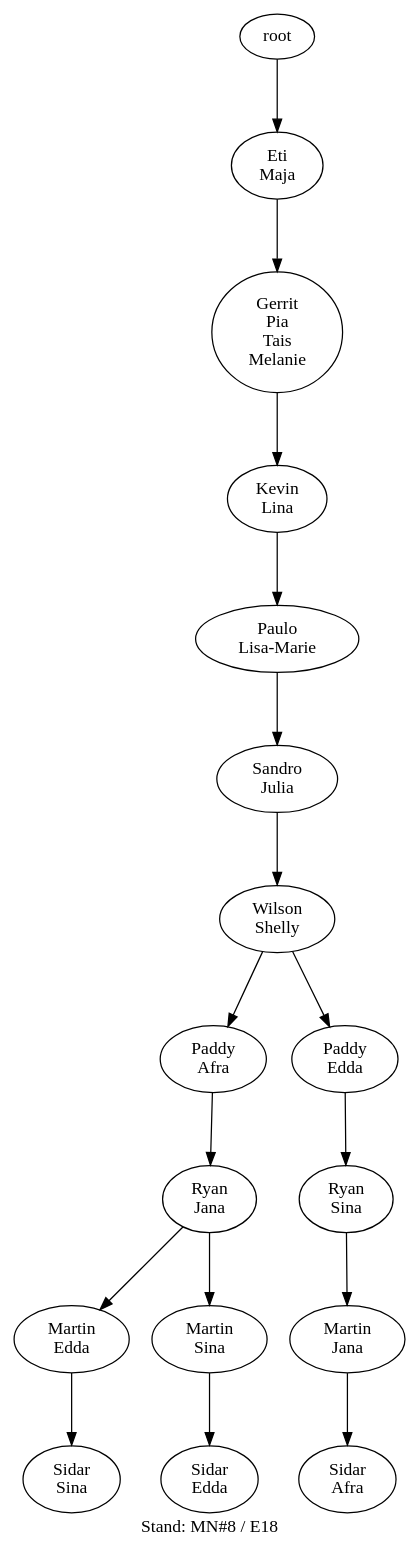
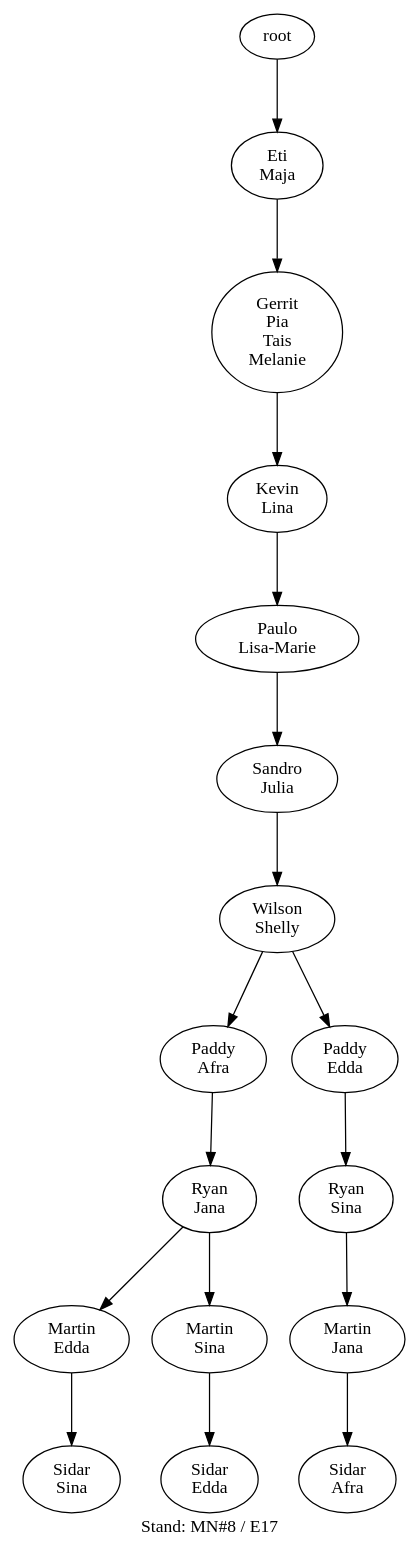
The diagram in data/de05/de05_17_tree.dot (atticus-sullivan/sim-ayto), drawn with Graphviz before and after one commit. The commit also changed 88 other files, not shown here.

```diff
--- a/data/de05/de05_17_tree.dot
+++ b/data/de05/de05_17_tree.dot
@@ -1,34 +1,34 @@
-digraph D { labelloc="b"; label="Stand: MN#8 / E18"; ranksep=0.8;
+digraph D { labelloc="b"; label="Stand: MN#8 / E17"; ranksep=0.8;
 "root/9"[label="Eti\nMaja"]
 "root" -> "root/9";
 "root/9/4,1,11"[label="Gerrit\nPia\nTais\nMelanie"]
 "root/9" -> "root/9/4,1,11";
 "root/9/4,1,11/10"[label="Kevin\nLina"]
 "root/9/4,1,11" -> "root/9/4,1,11/10";
 "root/9/4,1,11/10/5"[label="Paulo\nLisa-Marie"]
 "root/9/4,1,11/10" -> "root/9/4,1,11/10/5";
 "root/9/4,1,11/10/5/3"[label="Sandro\nJulia"]
 "root/9/4,1,11/10/5" -> "root/9/4,1,11/10/5/3";
 "root/9/4,1,11/10/5/3/6"[label="Wilson\nShelly"]
 "root/9/4,1,11/10/5/3" -> "root/9/4,1,11/10/5/3/6";
 "root/9/4,1,11/10/5/3/6/7"[label="Paddy\nAfra"]
 "root/9/4,1,11/10/5/3/6" -> "root/9/4,1,11/10/5/3/6/7";
 "root/9/4,1,11/10/5/3/6/7/2"[label="Ryan\nJana"]
 "root/9/4,1,11/10/5/3/6/7" -> "root/9/4,1,11/10/5/3/6/7/2";
 "root/9/4,1,11/10/5/3/6/7/2/8"[label="Martin\nEdda"]
 "root/9/4,1,11/10/5/3/6/7/2" -> "root/9/4,1,11/10/5/3/6/7/2/8";
 "root/9/4,1,11/10/5/3/6/7/2/8/0"[label="Sidar\nSina"]
 "root/9/4,1,11/10/5/3/6/7/2/8" -> "root/9/4,1,11/10/5/3/6/7/2/8/0";
 "root/9/4,1,11/10/5/3/6/8"[label="Paddy\nEdda"]
 "root/9/4,1,11/10/5/3/6" -> "root/9/4,1,11/10/5/3/6/8";
 "root/9/4,1,11/10/5/3/6/8/0"[label="Ryan\nSina"]
 "root/9/4,1,11/10/5/3/6/8" -> "root/9/4,1,11/10/5/3/6/8/0";
 "root/9/4,1,11/10/5/3/6/8/0/2"[label="Martin\nJana"]
 "root/9/4,1,11/10/5/3/6/8/0" -> "root/9/4,1,11/10/5/3/6/8/0/2";
 "root/9/4,1,11/10/5/3/6/8/0/2/7"[label="Sidar\nAfra"]
 "root/9/4,1,11/10/5/3/6/8/0/2" -> "root/9/4,1,11/10/5/3/6/8/0/2/7";
 "root/9/4,1,11/10/5/3/6/7/2/0"[label="Martin\nSina"]
 "root/9/4,1,11/10/5/3/6/7/2" -> "root/9/4,1,11/10/5/3/6/7/2/0";
 "root/9/4,1,11/10/5/3/6/7/2/0/8"[label="Sidar\nEdda"]
 "root/9/4,1,11/10/5/3/6/7/2/0" -> "root/9/4,1,11/10/5/3/6/7/2/0/8";
 }
```
